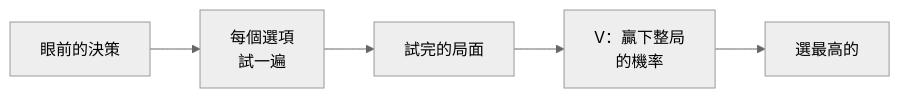
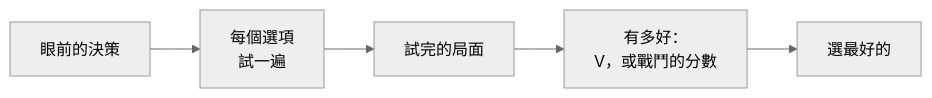
Before and after one commit to shinnku-nikaidou/spire-zero: the diagram in docs/src/content/docs/zh-tw/idea.mdx, drawn with Mermaid (neutral theme). The commit also changed other lines of this file and 21 other files, not shown here.

````diff
--- a/docs/src/content/docs/zh-tw/idea.mdx
+++ b/docs/src/content/docs/zh-tw/idea.mdx
@@ -8,7 +8,7 @@
 ```mermaid
 flowchart LR
   D["眼前的決策"] --> T["每個選項<br/>試一遍"]
   T --> S["試完的局面"]
-  S --> V["V：贏下整局<br/>的機率"]
-  V --> B["選最高的"]
+  S --> V["有多好：<br/>V，或戰鬥的分數"]
+  V --> B["選最好的"]
 ```
````
